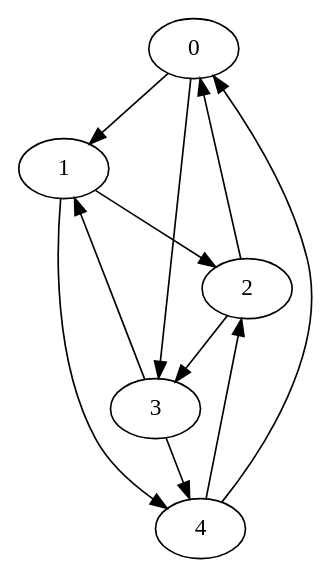
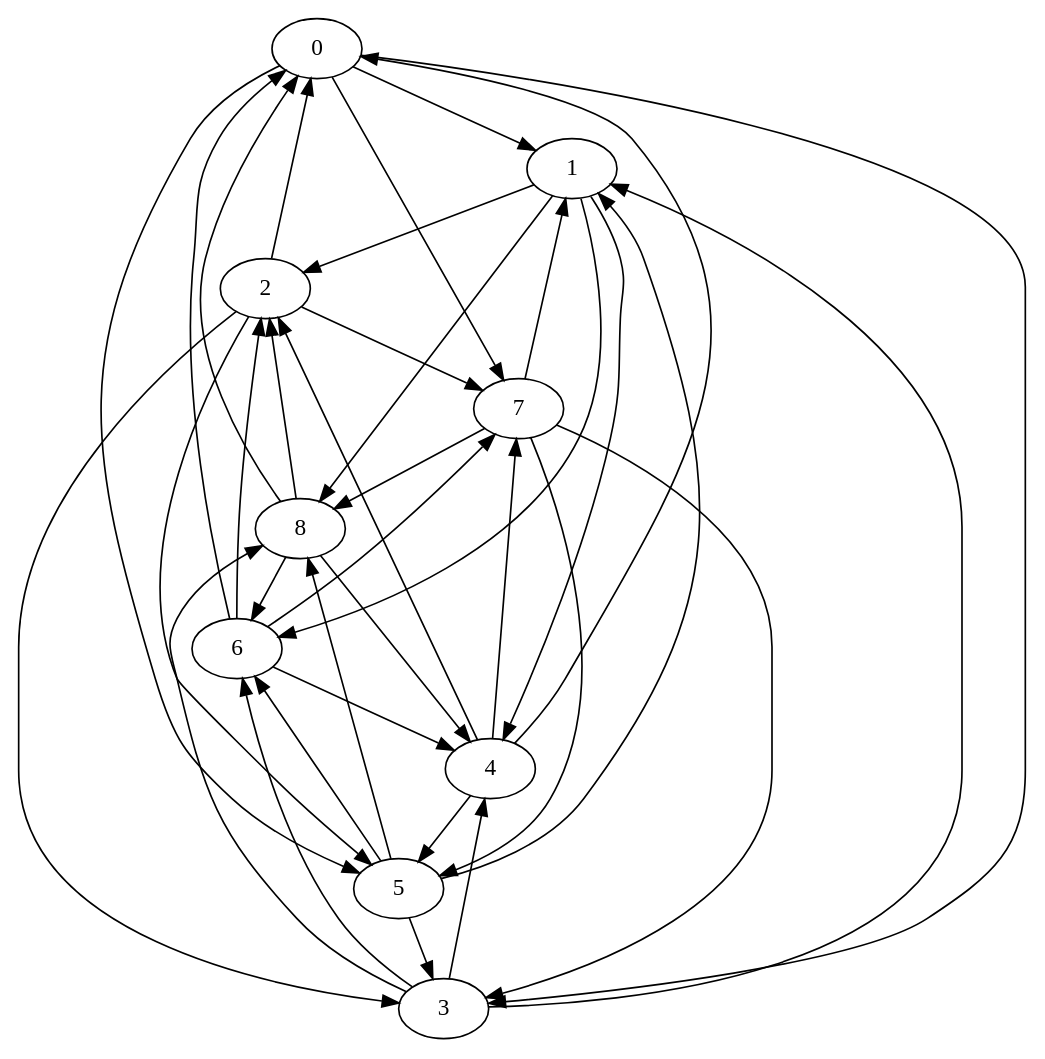
The diagram in L3/S5/I51-Algorithmique-des-graphes/data/eulerian_test.dot (dxkkxn/univ-tln), drawn with Graphviz before and after one commit. The commit also changed 5 other files, not shown here.

```diff
--- a/L3/S5/I51-Algorithmique-des-graphes/data/eulerian_test.dot
+++ b/L3/S5/I51-Algorithmique-des-graphes/data/eulerian_test.dot
@@ -1,12 +1,38 @@
 digraph { 
 0->1;
 1->2;
 2->3;
 3->4;
+4->5;
+5->6;
+6->7;
+7->8;
+8->6;
+6->4;
+4->7;
+7->5;
+5->8;
+8->4;
 4->2;
+2->5;
+5->3;
+3->6;
+6->2;
+2->7;
+7->3;
+3->8;
+8->2;
 2->0;
 0->3;
 3->1;
 1->4;
 4->0;
+0->5;
+5->1;
+1->6;
+6->0;
+0->7;
+7->1;
+1->8;
+8->0;
 }
```
